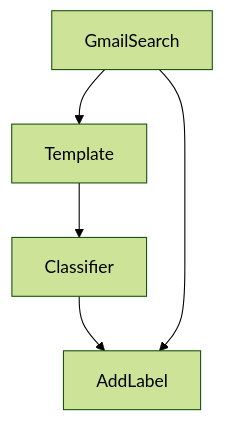
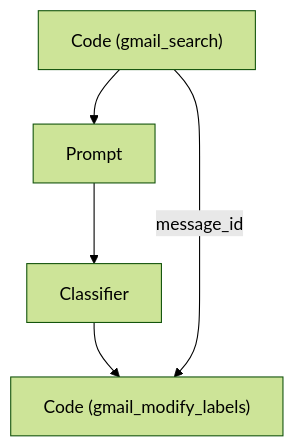
The diagram in docs/workflows/categorize-mails.md (nodetool-ai/nodetool), drawn with Mermaid (forest theme) before and after one commit. The commit also changed other lines of this file and 118 other files, not shown here.

```diff
--- a/docs/workflows/categorize-mails.md
+++ b/docs/workflows/categorize-mails.md
@@ -29,11 +31,11 @@
 {% mermaid %}
 graph TD
-  template_29a39f["Template"]
-  classifier_a6df08["Classifier"]
-  addlabel_663354["AddLabel"]
-  gmailsearch_b776a8["GmailSearch"]
-  template_29a39f --> classifier_a6df08
-  classifier_a6df08 --> addlabel_663354
-  gmailsearch_b776a8 --> addlabel_663354
-  gmailsearch_b776a8 --> template_29a39f
+  search["Code (gmail_search)"]
+  prompt["Prompt"]
+  classifier["Classifier"]
+  label["Code (gmail_modify_labels)"]
+  search --> prompt
+  prompt --> classifier
+  classifier --> label
+  search -->|message_id| label
 {% endmermaid %}
```
